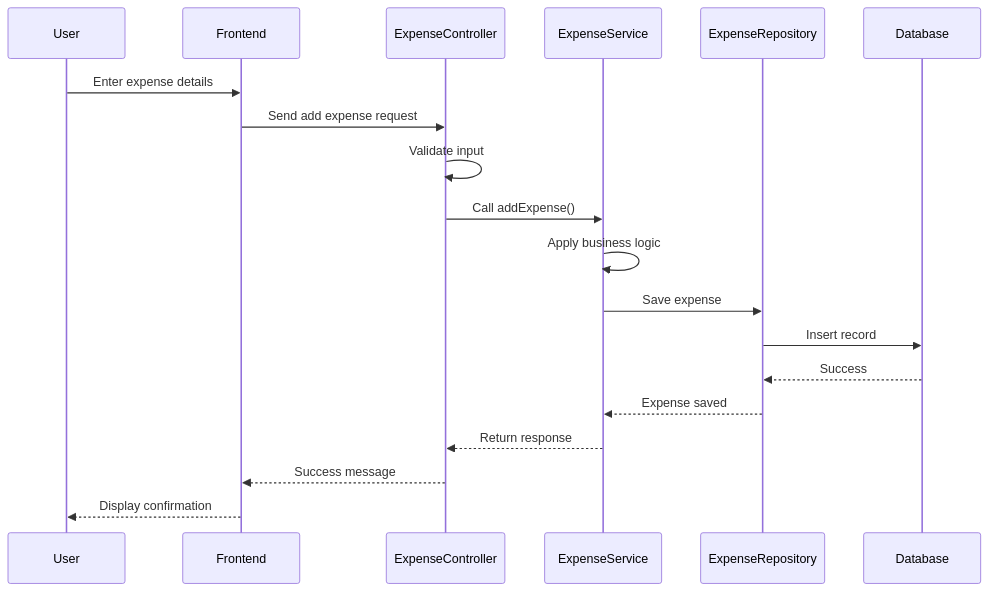
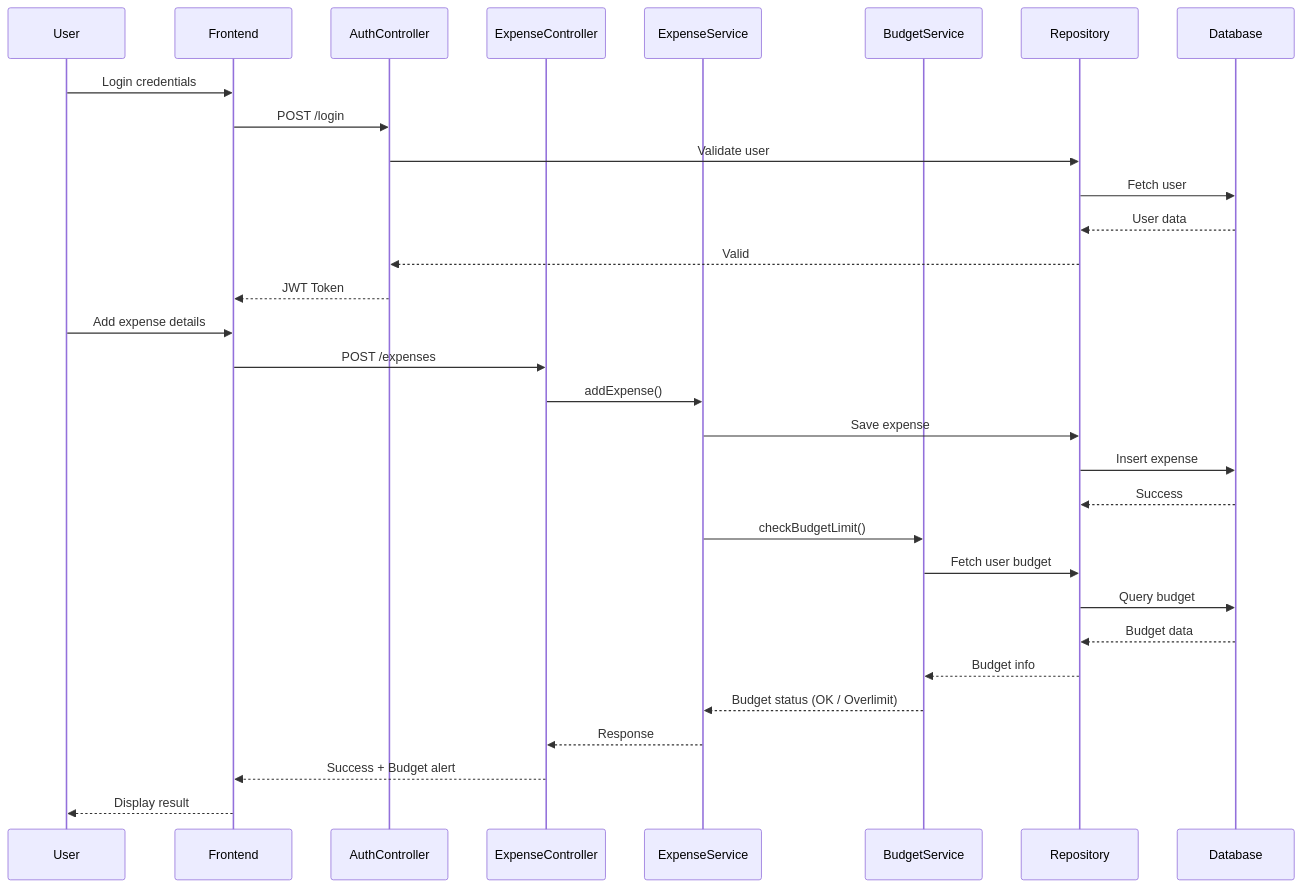
The diagram in sequenceDiagram.md (BOXER78/BudgetWise), drawn with Mermaid before and after one commit. The commit also changed other lines of this file and 2 other files, not shown here.

Commit message:
updated classDiagram, sequenceDiagram and usecaseDiagram

````diff
--- a/sequenceDiagram.md
+++ b/sequenceDiagram.md
@@ -3,22 +3,39 @@
 ```mermaid
 sequenceDiagram
+
     participant U as User
     participant F as Frontend
-    participant C as ExpenseController
-    participant S as ExpenseService
-    participant R as ExpenseRepository
+    participant AuthC as AuthController
+    participant ExpC as ExpenseController
+    participant ExpS as ExpenseService
+    participant BudS as BudgetService
+    participant Repo as Repository
     participant DB as Database
 
-    U->>F: Enter expense details
-    F->>C: Send add expense request
-    C->>C: Validate input
-    C->>S: Call addExpense()
-    S->>S: Apply business logic
-    S->>R: Save expense
-    R->>DB: Insert record
-    DB-->>R: Success
-    R-->>S: Expense saved
-    S-->>C: Return response
-    C-->>F: Success message
-    F-->>U: Display confirmation
+    U->>F: Login credentials
+    F->>AuthC: POST /login
+    AuthC->>Repo: Validate user
+    Repo->>DB: Fetch user
+    DB-->>Repo: User data
+    Repo-->>AuthC: Valid
+    AuthC-->>F: JWT Token
+
+    U->>F: Add expense details
+    F->>ExpC: POST /expenses
+    ExpC->>ExpS: addExpense()
+
+    ExpS->>Repo: Save expense
+    Repo->>DB: Insert expense
+    DB-->>Repo: Success
+
+    ExpS->>BudS: checkBudgetLimit()
+    BudS->>Repo: Fetch user budget
+    Repo->>DB: Query budget
+    DB-->>Repo: Budget data
+    Repo-->>BudS: Budget info
+
+    BudS-->>ExpS: Budget status (OK / Overlimit)
+    ExpS-->>ExpC: Response
+    ExpC-->>F: Success + Budget alert
+    F-->>U: Display result
 ```
````
